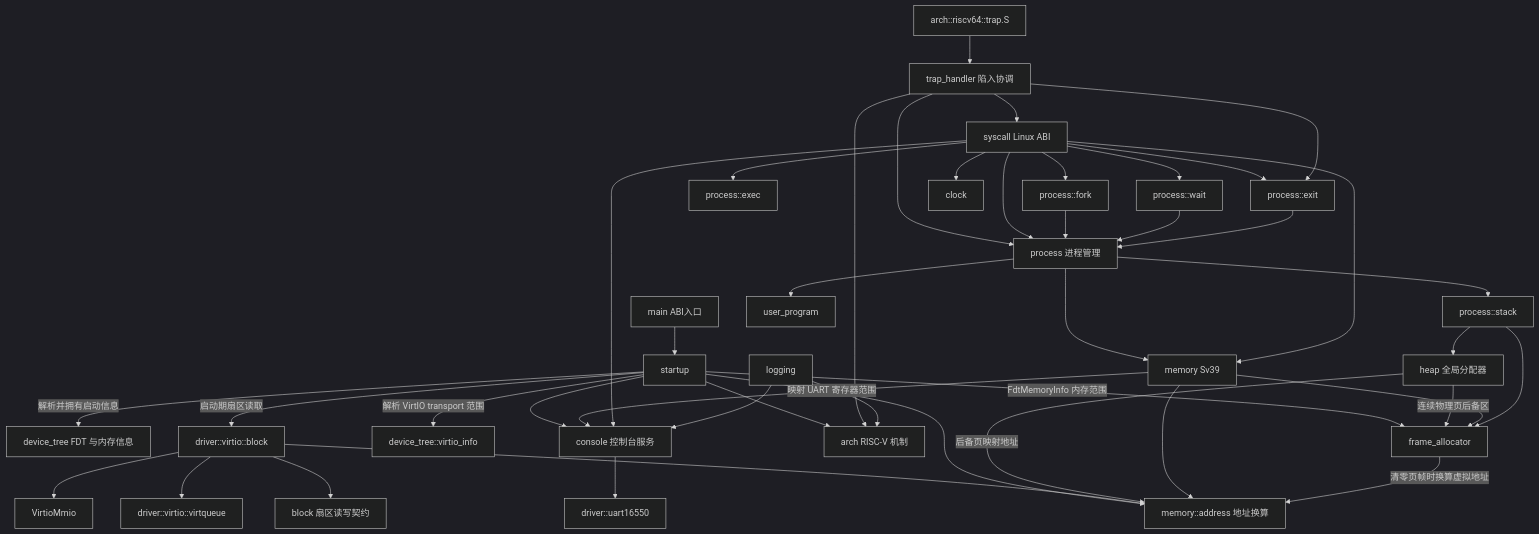
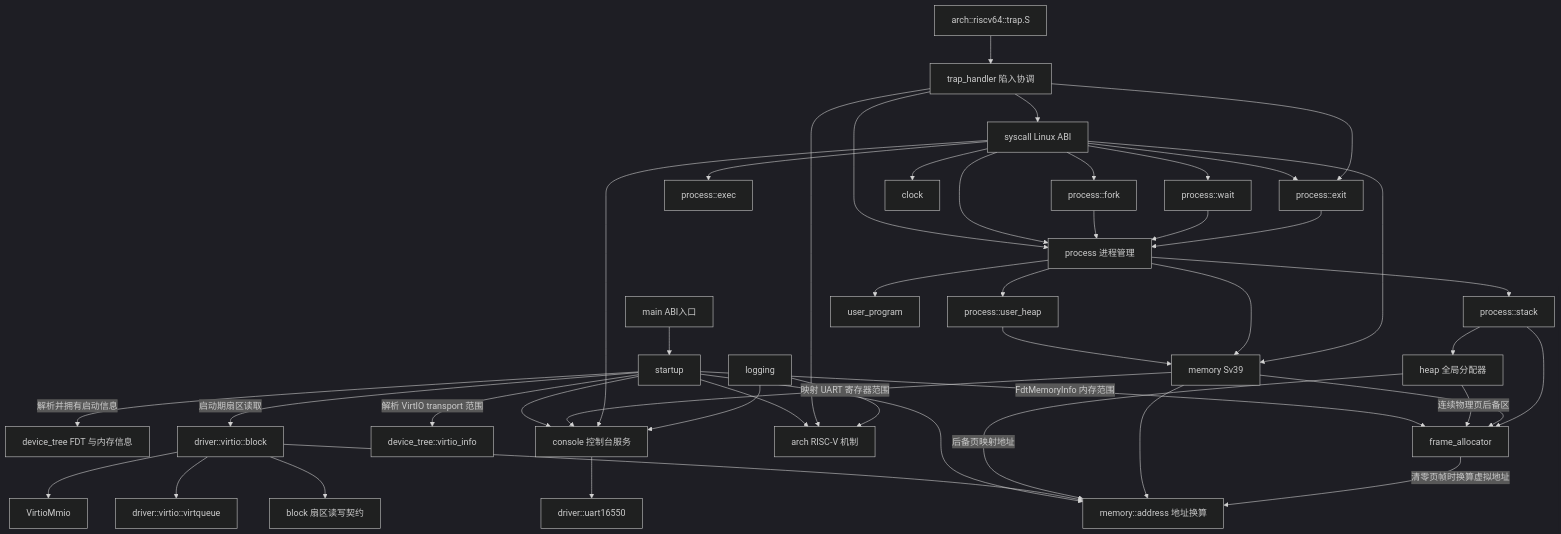
The diagram in docs/architecture.md (logeable/fullemu), drawn with Mermaid (dark theme) before and after one commit. The commit also changed other lines of this file and 13 other files, not shown here.

````diff
--- a/docs/architecture.md
+++ b/docs/architecture.md
@@ -83,46 +84,48 @@
 ```mermaid
 flowchart TD
     Main[main ABI入口] --> Startup[startup]
     Startup -->|解析并拥有启动信息| DeviceTree[device_tree FDT 与内存信息]
     Startup --> Address[memory::address 地址换算]
     Startup -->|FdtMemoryInfo 内存范围| Frames[frame_allocator]
     Startup -->|解析 VirtIO transport 范围| VirtioInfo[device_tree::virtio_info]
     Startup -->|启动期扇区读取| VirtioBlock[driver::virtio::block]
     VirtioBlock --> Block[block 扇区读写契约]
     VirtioBlock --> Address[memory::address 地址换算]
     VirtioBlock --> VirtioQueue[driver::virtio::virtqueue]
     VirtioBlock --> VirtioMmio
     Heap[heap 全局分配器] -->|连续物理页后备区| Frames
     Heap -->|后备页映射地址| Address[memory::address 地址换算]
     Startup --> Arch[arch RISC-V 机制]
     Console[console 控制台服务]
     Console --> Uart[driver::uart16550]
     Startup --> Console
     ArchTrap[arch::riscv64::trap.S] --> TrapHandler[trap_handler 陷入协调]
     TrapHandler --> Arch
     TrapHandler --> Syscall[syscall Linux ABI]
     TrapHandler --> Process[process 进程管理]
     Syscall --> Process[process 进程管理]
+    Process --> UserHeap[process::user_heap]
+    UserHeap --> Memory[memory Sv39]
     Syscall --> Fork[process::fork]
     Syscall --> Exec[process::exec]
     Syscall --> Wait[process::wait]
     Syscall --> Exit[process::exit]
     TrapHandler --> Exit
     Fork --> Process
     Wait --> Process
     Exit --> Process
     Memory[memory Sv39] --> Frames
     Memory --> Address
     Frames -->|清零页帧时换算虚拟地址| Address
     Memory -->|映射 UART 寄存器范围| Console
     Process --> Memory
     Process --> Stack[process::stack]
     Stack --> Heap
     Stack --> Frames
     Process --> Program[user_program]
     Syscall --> Memory
     Syscall --> Clock[clock]
     Syscall --> Console
     Logging[logging] --> Console
     Logging --> Arch
 ```
````
